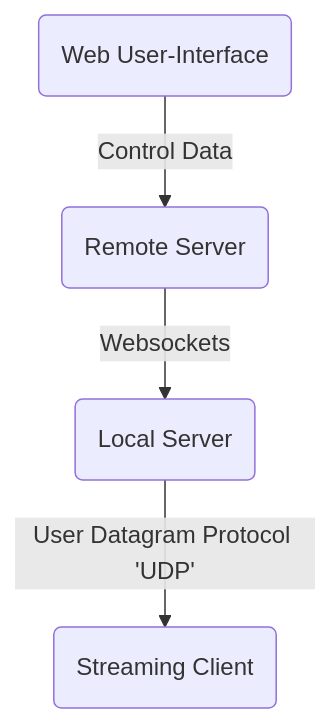
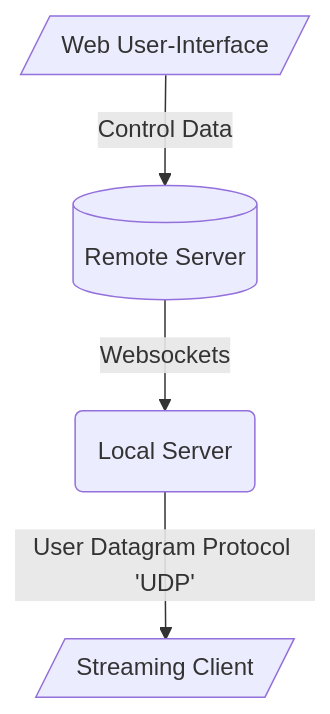
Before and after one commit to goldsmocap/mocap-streamer: the third of 3 diagrams in project_overview_mermaid.md, drawn with Mermaid. The commit also changed other lines of this file, not shown here.

````diff
--- a/project_overview_mermaid.md
+++ b/project_overview_mermaid.md
@@ -23,8 +31,9 @@
 ```mermaid
   flowchart TD;
 
-    Remote(Remote Server)--Websockets-->Local(Local Server);
-    UI(Web User-Interface)--Control Data-->Remote;
-    Local(Local Server) -- User Datagram Protocol 'UDP'--> Client(Streaming Client);
+    UI[/Web User-Interface/]--Control Data-->
+    Remote[(Remote Server)]--Websockets-->
+    Local(Local Server) -- User Datagram Protocol 'UDP'--> 
+    Client[/Streaming Client/];
     
 ```
````
